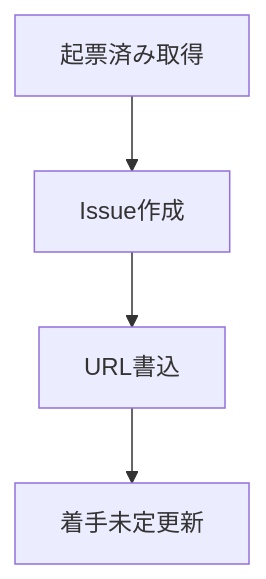
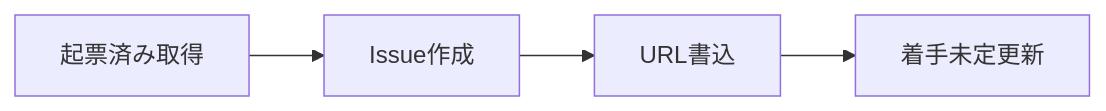
The diagram in skills/notion2linear/SKILL.md (ac-nakamura-y/.claude), drawn with Mermaid before and after one commit. The commit also changed other lines of this file, not shown here.

First line of the commit message:
Make notion2linear self-contained and access-method agnostic.

````diff
--- a/skills/notion2linear/SKILL.md
+++ b/skills/notion2linear/SKILL.md
@@ -41,6 +37,6 @@
 ```mermaid
-flowchart TD
-  readDb[起票済み取得] --> createLinear[Issue作成]
-  createLinear --> writeLinear[URL書込]
-  writeLinear --> writeStatus[着手未定更新]
+flowchart LR
+  readRecords[起票済み取得] --> createIssue[Issue作成]
+  createIssue --> writeUrl[URL書込]
+  writeUrl --> updateStatus[着手未定更新]
 ```
````
